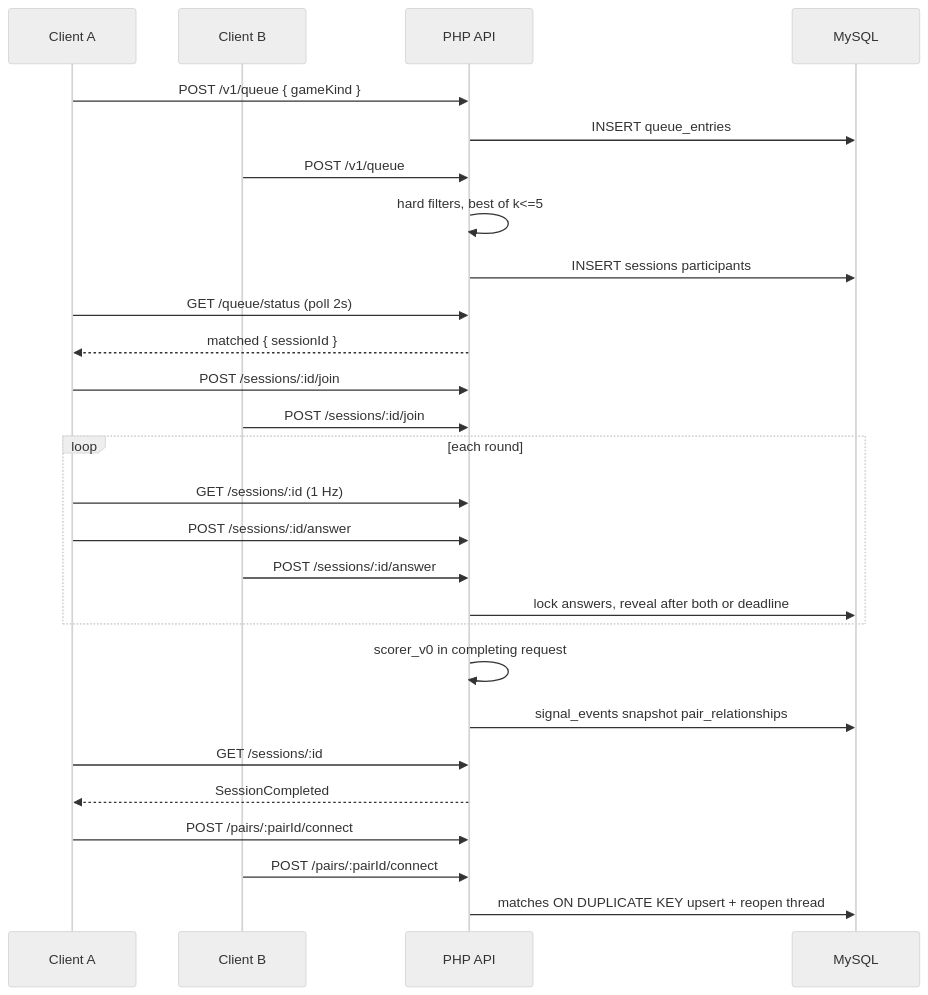
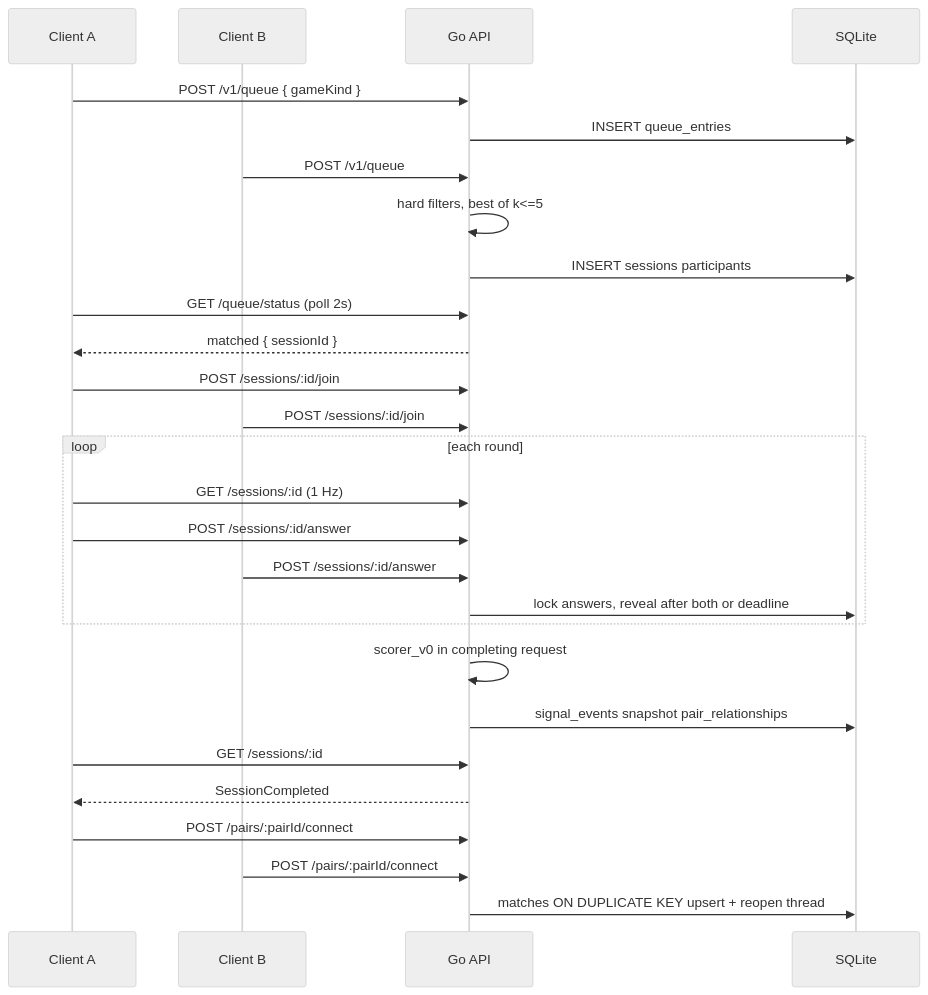
The ninth of 10 diagrams in docs/design-docs-and-wireframes.md (dukedelaet/game-match-pwa), drawn with Mermaid (neutral theme) before and after one commit. The commit also changed other lines of this file and 128 other files, not shown here.

First line of the commit message:
feat: run the backend on Go and SQLite instead of PHP and MySQL

````diff
--- a/docs/design-docs-and-wireframes.md
+++ b/docs/design-docs-and-wireframes.md
@@ -1129,30 +1133,30 @@
 ```mermaid
 sequenceDiagram
   participant A as Client A
   participant B as Client B
-  participant API as PHP API
-  participant DB as MySQL
+  participant API as Go API
+  participant DB as SQLite
 
   A->>API: POST /v1/queue { gameKind }
   API->>DB: INSERT queue_entries
   B->>API: POST /v1/queue
   API->>API: hard filters, best of k<=5
   API->>DB: INSERT sessions participants
   A->>API: GET /queue/status (poll 2s)
   API-->>A: matched { sessionId }
   A->>API: POST /sessions/:id/join
   B->>API: POST /sessions/:id/join
   loop each round
     A->>API: GET /sessions/:id (1 Hz)
     A->>API: POST /sessions/:id/answer
     B->>API: POST /sessions/:id/answer
     API->>DB: lock answers, reveal after both or deadline
   end
   API->>API: scorer_v0 in completing request
   API->>DB: signal_events snapshot pair_relationships
   A->>API: GET /sessions/:id
   API-->>A: SessionCompleted
   A->>API: POST /pairs/:pairId/connect
   B->>API: POST /pairs/:pairId/connect
   API->>DB: matches ON DUPLICATE KEY upsert + reopen thread
 ```
````
